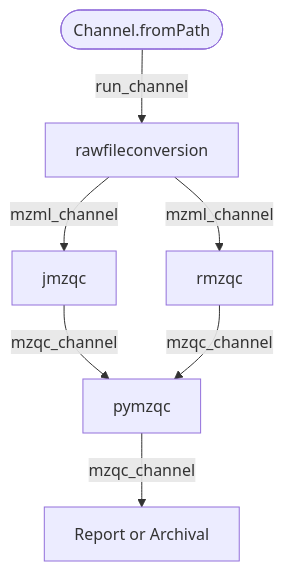
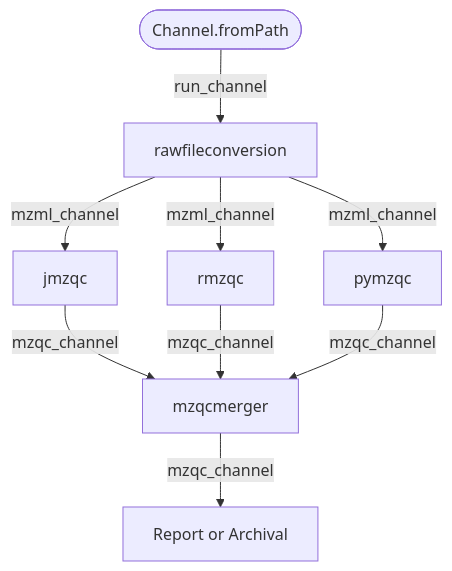
The first of 2 diagrams in workflow/workflow-usecase.md (MS-Quality-Hub/mzqclib-manuscript), drawn with Mermaid before and after one commit. The commit also changed 6 other files, not shown here.

````diff
--- a/workflow/workflow-usecase.md
+++ b/workflow/workflow-usecase.md
@@ -7,15 +7,18 @@
 ```mermaid
 flowchart TD
     p0([Channel.fromPath])
     p1[rawfileconversion]
     p2[jmzqc]
     p3[rmzqc]
     p4[pymzqc]
-    p5[Report or Archival]
+    p5[mzqcmerger]
+    p6[Report or Archival]
     p0 -->|run_channel| p1
     p1 -->|mzml_channel| p2
     p1 -->|mzml_channel| p3
-    p2 -->|mzqc_channel| p4
-    p3 -->|mzqc_channel| p4
-    p4 -->|mzqc_channel| p5    
+    p1 -->|mzml_channel| p4
+    p2 -->|mzqc_channel| p5
+    p3 -->|mzqc_channel| p5
+    p4 -->|mzqc_channel| p5
+    p5 -->|mzqc_channel| p6    
 ```
````
